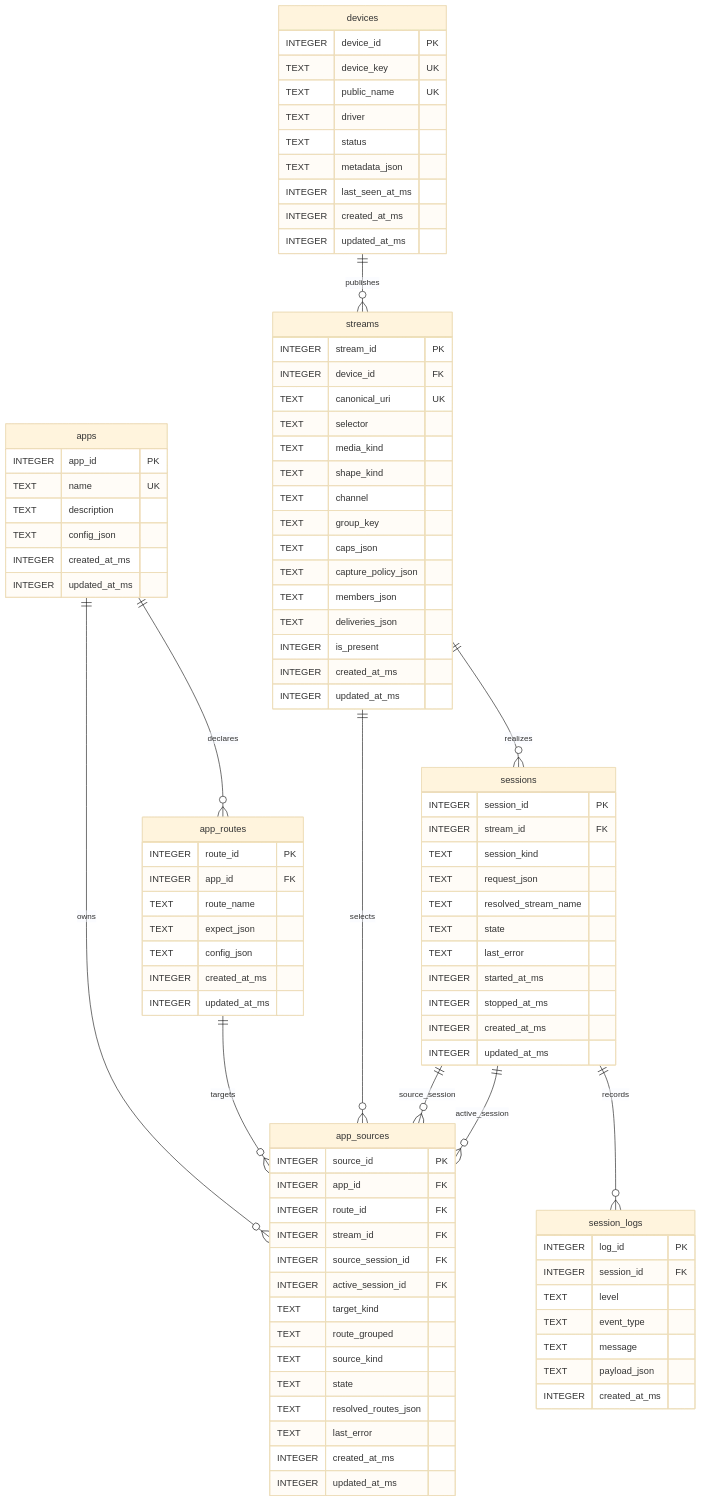
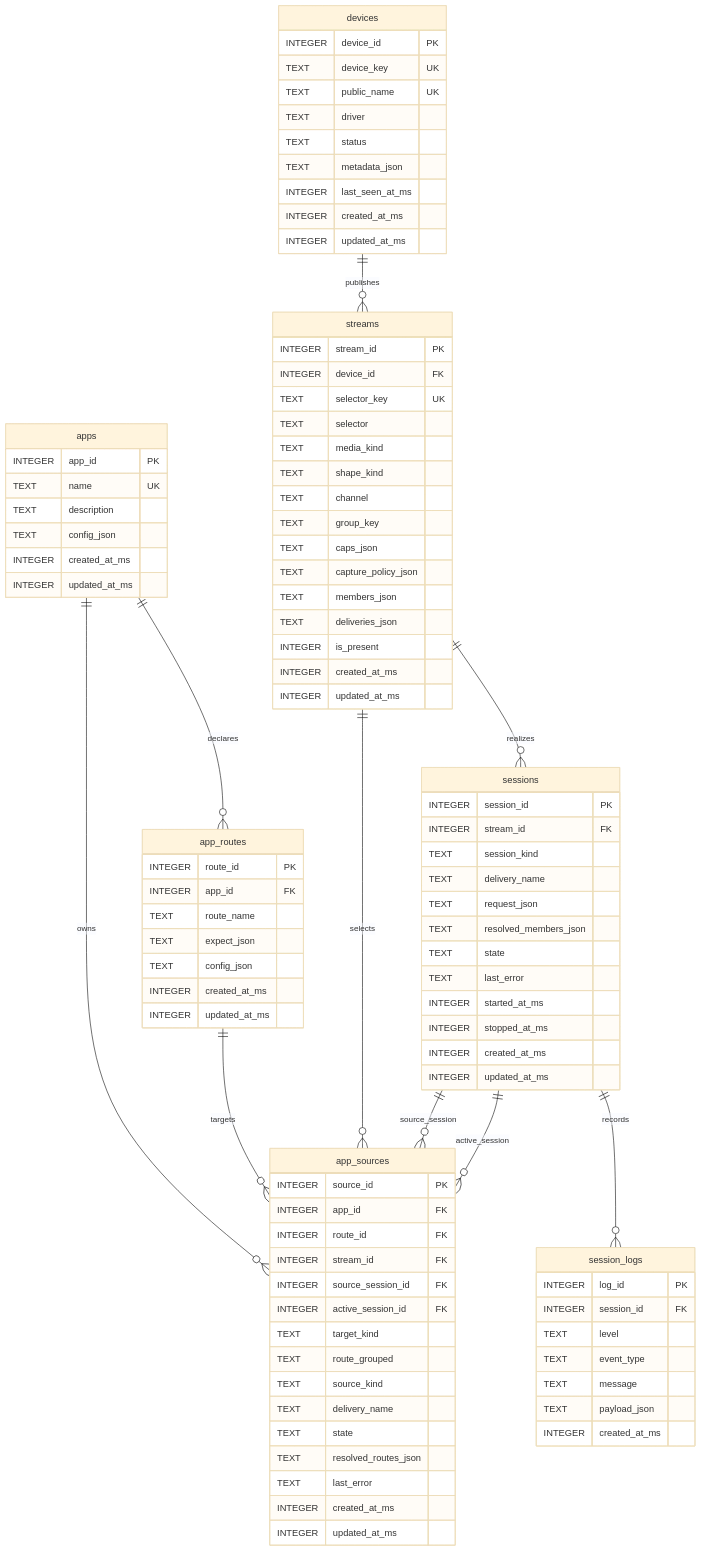
One commit to YixinZ-NUS/insight-io changed the diagram in docs/diagram/intent-routing-er.md. Above: the diagram before and after it, drawn with Mermaid (base theme). The commit also changed other lines of this file and 12 other files, not shown here.

```diff
--- a/docs/diagram/intent-routing-er.md
+++ b/docs/diagram/intent-routing-er.md
@@ -37,7 +43,7 @@
     streams {
         INTEGER stream_id PK
         INTEGER device_id FK
-        TEXT canonical_uri UK
+        TEXT selector_key UK
         TEXT selector
         TEXT media_kind
         TEXT shape_kind
@@ -81,6 +87,7 @@
         TEXT target_kind
         TEXT route_grouped
         TEXT source_kind
+        TEXT delivery_name
         TEXT state
         TEXT resolved_routes_json
         TEXT last_error
@@ -92,8 +99,9 @@
         INTEGER session_id PK
         INTEGER stream_id FK
         TEXT session_kind
+        TEXT delivery_name
         TEXT request_json
-        TEXT resolved_stream_name
+        TEXT resolved_members_json
         TEXT state
         TEXT last_error
         INTEGER started_at_ms
```
